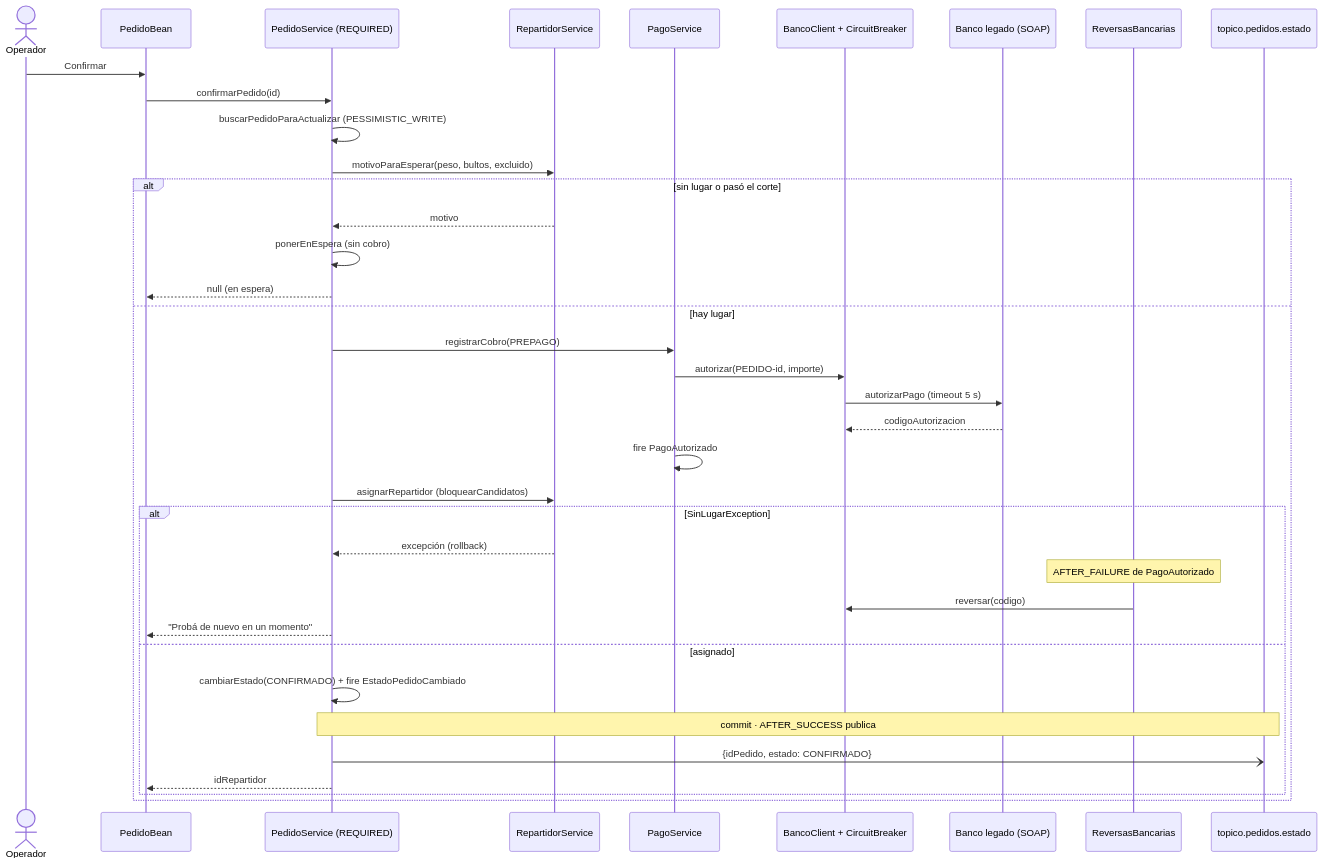
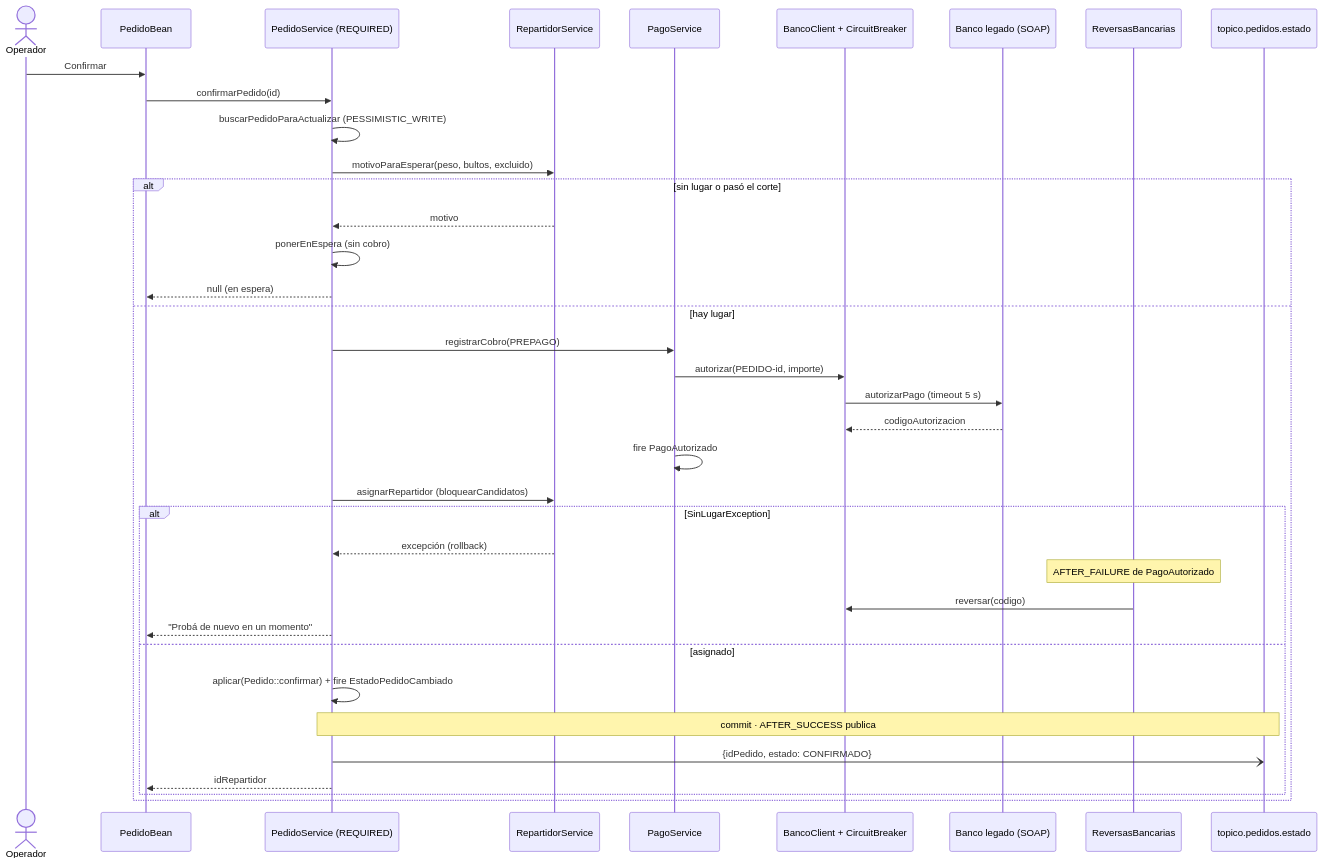
The diagram in docs/entrega/diagramas/08-seq-confirmar-pedido.mmd (feliforte14/Rabbit), drawn with Mermaid before and after one commit. The commit also changed 8 other files, not shown here.

```diff
--- a/docs/entrega/diagramas/08-seq-confirmar-pedido.mmd
+++ b/docs/entrega/diagramas/08-seq-confirmar-pedido.mmd
@@ -1,37 +1,37 @@
 sequenceDiagram
     actor Op as Operador
     participant PB as PedidoBean
     participant PS as PedidoService (REQUIRED)
     participant RS as RepartidorService
     participant PG as PagoService
     participant BC as BancoClient + CircuitBreaker
     participant BL as Banco legado (SOAP)
     participant RB as ReversasBancarias
     participant TOPI as topico.pedidos.estado
     Op->>PB: Confirmar
     PB->>PS: confirmarPedido(id)
     PS->>PS: buscarPedidoParaActualizar (PESSIMISTIC_WRITE)
     PS->>RS: motivoParaEsperar(peso, bultos, excluido)
     alt sin lugar o pasó el corte
         RS-->>PS: motivo
         PS->>PS: ponerEnEspera (sin cobro)
         PS-->>PB: null (en espera)
     else hay lugar
         PS->>PG: registrarCobro(PREPAGO)
         PG->>BC: autorizar(PEDIDO-id, importe)
         BC->>BL: autorizarPago (timeout 5 s)
         BL-->>BC: codigoAutorizacion
         PG->>PG: fire PagoAutorizado
         PS->>RS: asignarRepartidor (bloquearCandidatos)
         alt SinLugarException
             RS-->>PS: excepción (rollback)
             Note over RB: AFTER_FAILURE de PagoAutorizado
             RB->>BC: reversar(codigo)
             PS-->>PB: "Probá de nuevo en un momento"
         else asignado
-            PS->>PS: cambiarEstado(CONFIRMADO) + fire EstadoPedidoCambiado
+            PS->>PS: aplicar(Pedido::confirmar) + fire EstadoPedidoCambiado
             Note over PS,TOPI: commit · AFTER_SUCCESS publica
             PS-)TOPI: {idPedido, estado: CONFIRMADO}
             PS-->>PB: idRepartidor
         end
     end
```
